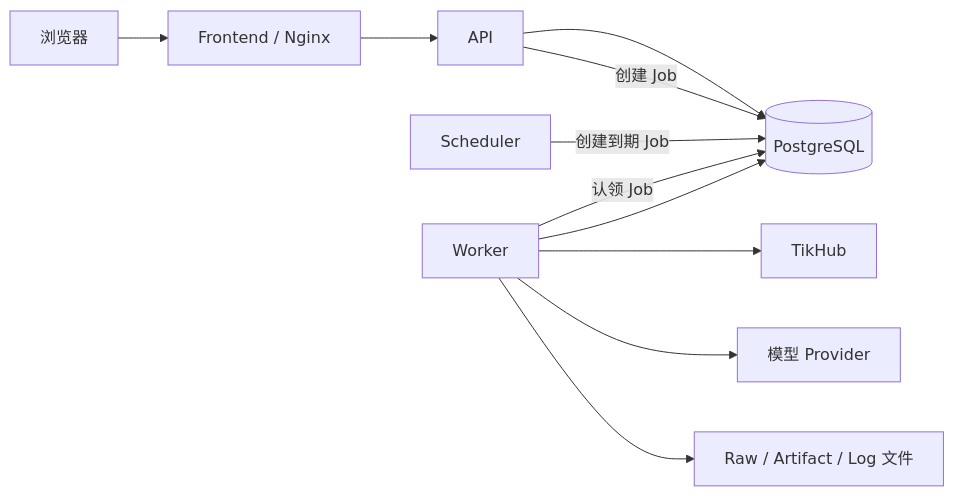
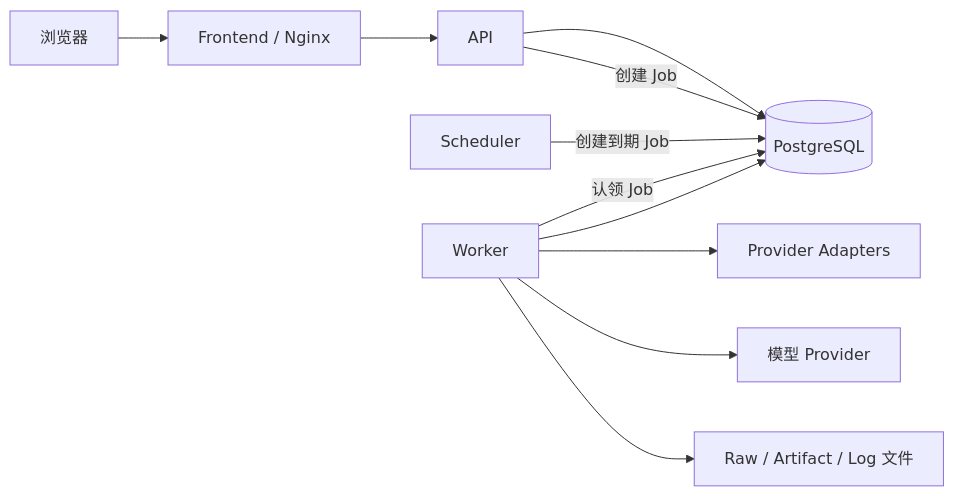
The diagram in docs/blueprint/01-总体架构与技术选型.md (dingyuwen777/AIMA_UGC), drawn with Mermaid before and after one commit. The commit also changed other lines of this file and 26 other files, not shown here.

````diff
--- a/docs/blueprint/01-总体架构与技术选型.md
+++ b/docs/blueprint/01-总体架构与技术选型.md
@@ -133,23 +142,23 @@
 ```mermaid
 flowchart LR
     User[浏览器]
     Frontend[Frontend / Nginx]
     Api[API]
     Database[(PostgreSQL)]
     Worker[Worker]
     Scheduler[Scheduler]
-    TikHub[TikHub]
+    Providers[Provider Adapters]
     LLM[模型 Provider]
     Files[Raw / Artifact / Log 文件]
 
     User --> Frontend
     Frontend --> Api
     Api --> Database
     Api -->|创建 Job| Database
     Scheduler -->|创建到期 Job| Database
     Worker -->|认领 Job| Database
-    Worker --> TikHub
+    Worker --> Providers
     Worker --> LLM
     Worker --> Files
     Worker --> Database
 ```
````
